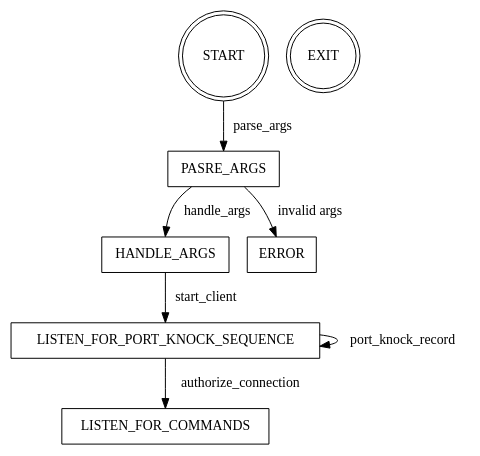
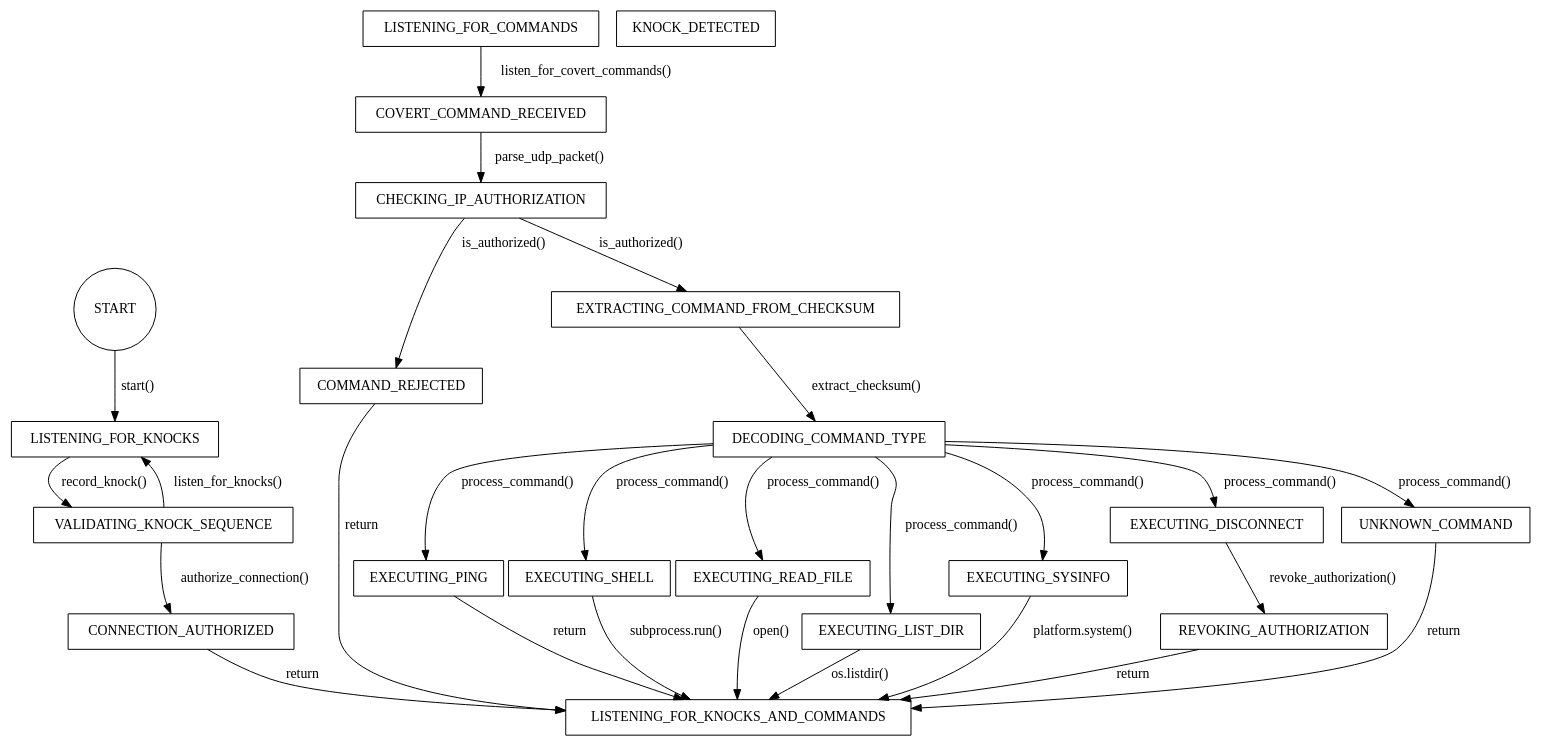
One commit to cnryng/comp8505_project-1 changed the diagram in fsms/client.gv. Above: the diagram before and after it, drawn with Graphviz. The commit also changed 1 other file, not shown here.

```diff
--- a/fsms/client.gv
+++ b/fsms/client.gv
@@ -1,26 +1,50 @@
-digraph Client{
-    node [shape="box"];
-    START -> PASRE_ARGS [label="parse_args"];
-    PASRE_ARGS -> HANDLE_ARGS [label="handle_args"];
-    PASRE_ARGS -> ERROR [label="invalid args"];
-    HANDLE_ARGS -> LISTEN_FOR_PORT_KNOCK_SEQUENCE [label="start_client"];
+digraph Client {
+    node [shape=box];
 
-    LISTEN_FOR_PORT_KNOCK_SEQUENCE -> LISTEN_FOR_PORT_KNOCK_SEQUENCE [label="port_knock_record"];
-    LISTEN_FOR_PORT_KNOCK_SEQUENCE -> LISTEN_FOR_COMMANDS [label="authorize_connection"];
+    START [shape=circle];
+    LISTENING_FOR_KNOCKS;
+    KNOCK_DETECTED;
+    VALIDATING_KNOCK_SEQUENCE;
+    COVERT_COMMAND_RECEIVED;
+    CHECKING_IP_AUTHORIZATION;
+    COMMAND_REJECTED;
+    EXTRACTING_COMMAND_FROM_CHECKSUM;
+    DECODING_COMMAND_TYPE;
+    EXECUTING_PING;
+    EXECUTING_SHELL;
+    EXECUTING_READ_FILE;
+    EXECUTING_LIST_DIR;
+    EXECUTING_SYSINFO;
+    EXECUTING_DISCONNECT;
+    REVOKING_AUTHORIZATION;
+    UNKNOWN_COMMAND;
 
-    // HANDLE_ARGS -> ERROR [label="file not found"];
-    // CONVERT_TO_BINARY_STRING -> ENCRYPT_BINARY [label="encrypt_binary"];
-    // CONVERT_TO_BINARY_STRING -> ERROR [label="conversion failed"];
-    // ENCRYPT_BINARY -> LOAD_PNG [label="load_png"];
-    // ENCRYPT_BINARY -> ERROR [label="encryption failed"];
-    // LOAD_PNG -> EMBED_BINARY_IN_PNG [label="embed_binary_in_png"];
-    // LOAD_PNG -> ERROR [label="PNG load failed"];
-    // EMBED_BINARY_IN_PNG -> OUTPUT_PNG [label="print_success_msg"];
-    // EMBED_BINARY_IN_PNG -> ERROR [label="insufficient capacity"];
-    // OUTPUT_PNG -> CLEANUP [label="cleanup"];
-    // OUTPUT_PNG -> ERROR [label="write failed"];
-    // ERROR -> CLEANUP;
-    // CLEANUP -> EXIT;
-    START [shape=doublecircle];
-    EXIT [shape=doublecircle];
+    START -> LISTENING_FOR_KNOCKS [label="start()"];
+
+    LISTENING_FOR_KNOCKS -> VALIDATING_KNOCK_SEQUENCE [label="record_knock()"];
+    VALIDATING_KNOCK_SEQUENCE -> CONNECTION_AUTHORIZED [label="authorize_connection()"];
+    VALIDATING_KNOCK_SEQUENCE -> LISTENING_FOR_KNOCKS [label="listen_for_knocks()"];
+    CONNECTION_AUTHORIZED -> LISTENING_FOR_KNOCKS_AND_COMMANDS [label="return"];
+
+    LISTENING_FOR_COMMANDS -> COVERT_COMMAND_RECEIVED [label="listen_for_covert_commands()"];
+    COVERT_COMMAND_RECEIVED -> CHECKING_IP_AUTHORIZATION [label="parse_udp_packet()"];
+    CHECKING_IP_AUTHORIZATION -> COMMAND_REJECTED [label="is_authorized()"];
+    CHECKING_IP_AUTHORIZATION -> EXTRACTING_COMMAND_FROM_CHECKSUM [label="is_authorized()"];
+    COMMAND_REJECTED -> LISTENING_FOR_KNOCKS_AND_COMMANDS [label="return"];
+    EXTRACTING_COMMAND_FROM_CHECKSUM -> DECODING_COMMAND_TYPE [label="extract_checksum()"];
+    DECODING_COMMAND_TYPE -> EXECUTING_PING [label="process_command()"];
+    DECODING_COMMAND_TYPE -> EXECUTING_SHELL [label="process_command()"];
+    DECODING_COMMAND_TYPE -> EXECUTING_READ_FILE [label="process_command()"];
+    DECODING_COMMAND_TYPE -> EXECUTING_LIST_DIR [label="process_command()"];
+    DECODING_COMMAND_TYPE -> EXECUTING_SYSINFO [label="process_command()"];
+    DECODING_COMMAND_TYPE -> EXECUTING_DISCONNECT [label="process_command()"];
+    DECODING_COMMAND_TYPE -> UNKNOWN_COMMAND [label="process_command()"];
+    EXECUTING_PING -> LISTENING_FOR_KNOCKS_AND_COMMANDS [label="return"];
+    EXECUTING_SHELL -> LISTENING_FOR_KNOCKS_AND_COMMANDS [label="subprocess.run()"];
+    EXECUTING_READ_FILE -> LISTENING_FOR_KNOCKS_AND_COMMANDS [label="open()"];
+    EXECUTING_LIST_DIR -> LISTENING_FOR_KNOCKS_AND_COMMANDS [label="os.listdir()"];
+    EXECUTING_SYSINFO -> LISTENING_FOR_KNOCKS_AND_COMMANDS [label="platform.system()"];
+    EXECUTING_DISCONNECT -> REVOKING_AUTHORIZATION [label="revoke_authorization()"];
+    UNKNOWN_COMMAND -> LISTENING_FOR_KNOCKS_AND_COMMANDS [label="return"];
+    REVOKING_AUTHORIZATION -> LISTENING_FOR_KNOCKS_AND_COMMANDS [label="return"];
 }
```
